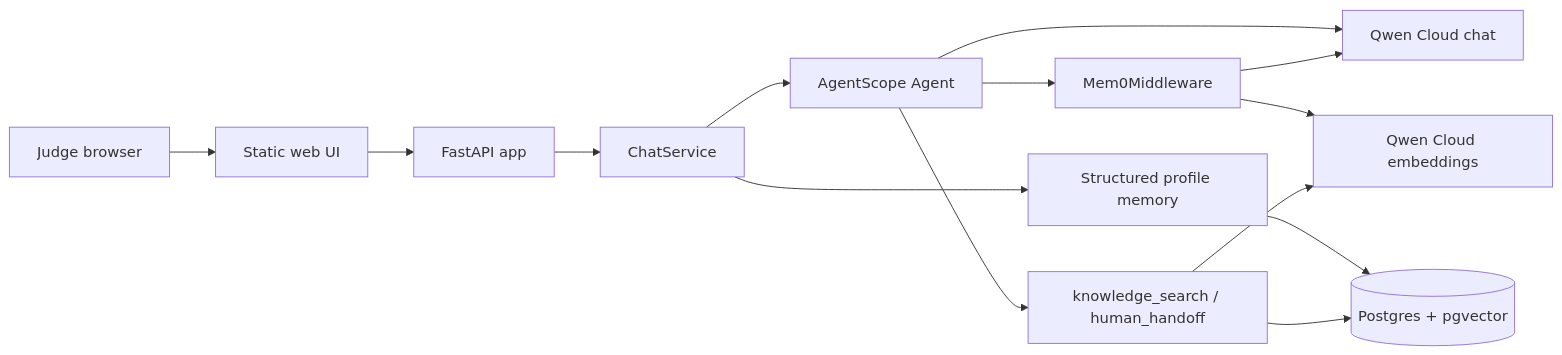
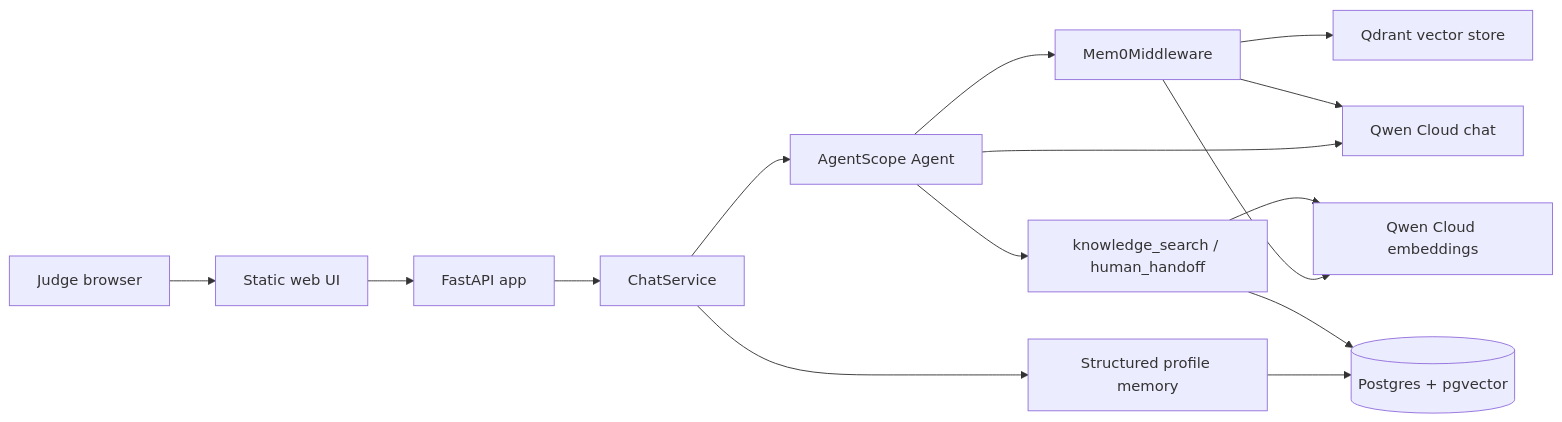
The diagram in docs/devpost-draft.md (JOY/DOSClaw-Qwen), drawn with Mermaid before and after one commit. The commit also changed other lines of this file and 11 other files, not shown here.

````diff
--- a/docs/devpost-draft.md
+++ b/docs/devpost-draft.md
@@ -43,16 +45,17 @@
 ```mermaid
 flowchart LR
   Judge["Judge browser"] --> UI["Static web UI"]
   UI --> API["FastAPI app"]
   API --> Service["ChatService"]
   Service --> Agent["AgentScope Agent"]
   Service --> Profile["Structured profile memory"]
   Agent --> Mem0["Mem0Middleware"]
+  Mem0 --> Qdrant["Qdrant vector store"]
   Agent --> Tools["knowledge_search / human_handoff"]
   Profile --> PG[("Postgres + pgvector")]
   Tools --> PG
   Agent --> Qwen["Qwen Cloud chat"]
   Mem0 --> Qwen
   Mem0 --> Embed["Qwen Cloud embeddings"]
   Tools --> Embed
 ```
````
